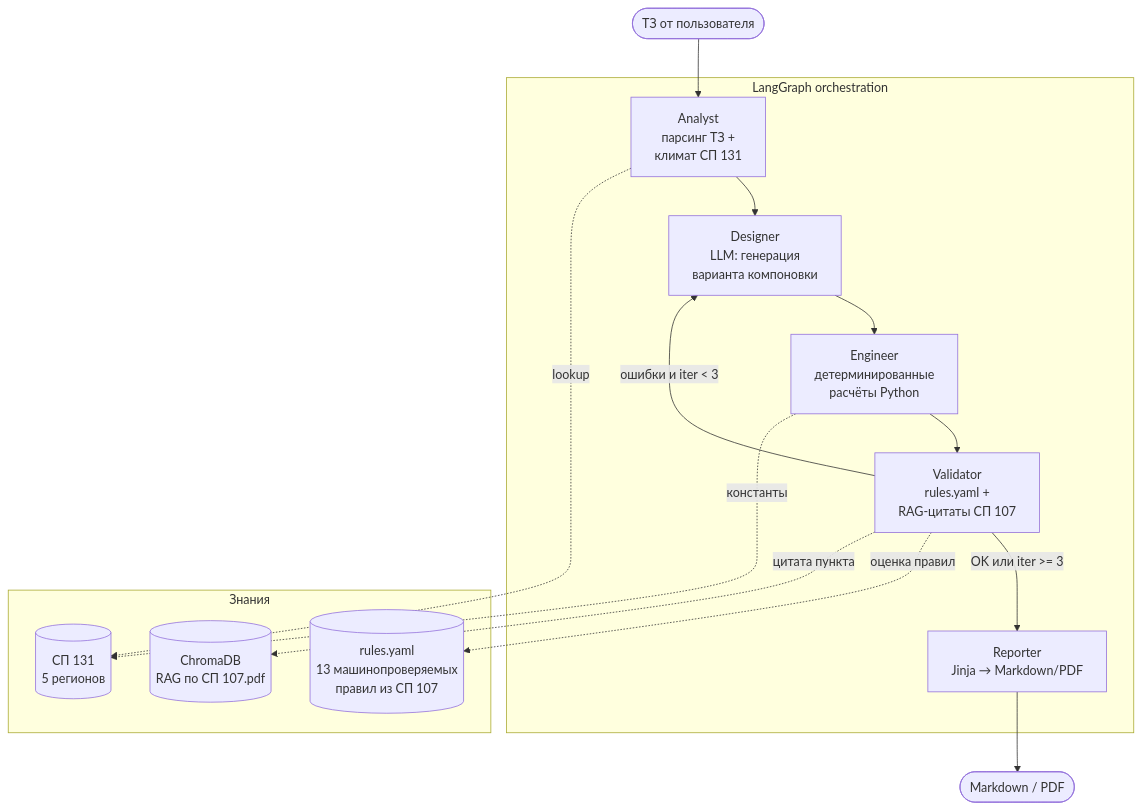
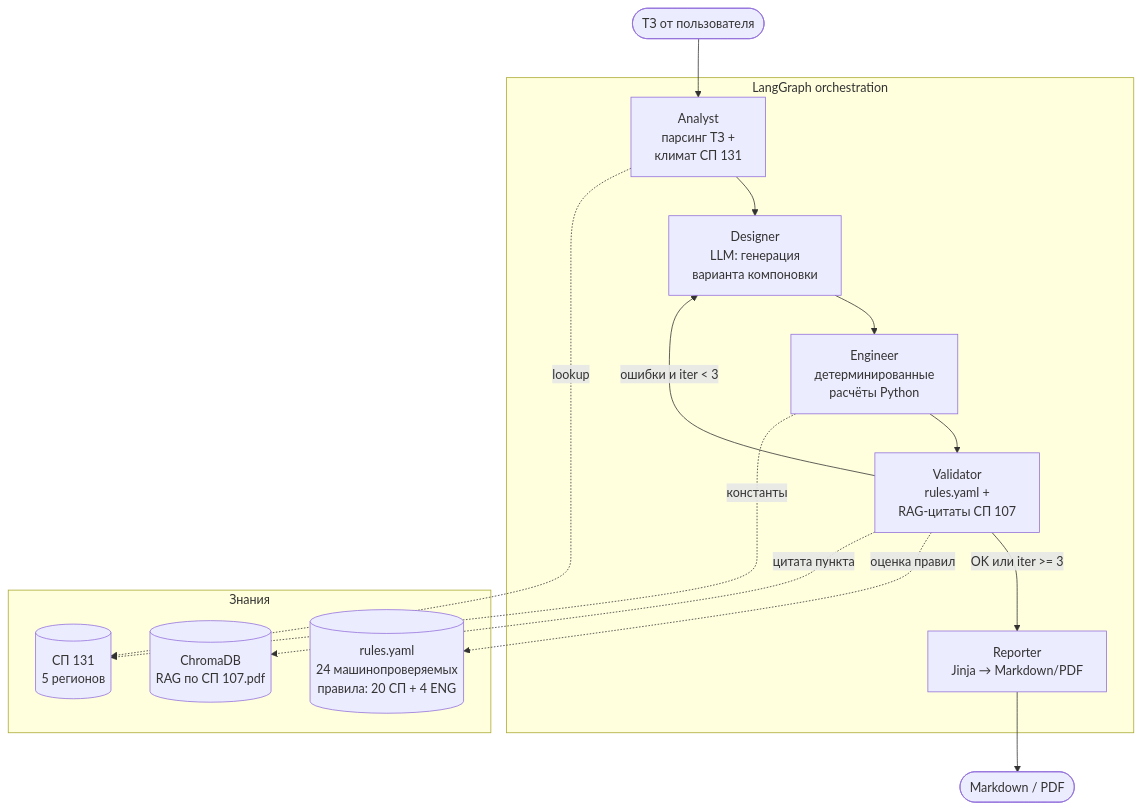
One commit to JukPelme/agro-greenhouse-designer changed the diagram in README.md. Above: the diagram before and after it, drawn with Mermaid. The commit also changed other lines of this file, not shown here.

First line of the commit message:
[agent] docs: README sync to 24 rules + real failed-case rule_ids

````diff
--- a/README.md
+++ b/README.md
@@ -33,31 +33,31 @@
 ```mermaid
 flowchart TD
     Brief([ТЗ от пользователя]) --> Analyst
 
     subgraph Graph[LangGraph orchestration]
         Analyst[Analyst<br/>парсинг ТЗ +<br/>климат СП 131]
         Designer[Designer<br/>LLM: генерация<br/>варианта компоновки]
         Engineer[Engineer<br/>детерминированные<br/>расчёты Python]
         Validator[Validator<br/>rules.yaml +<br/>RAG-цитаты СП 107]
         Reporter[Reporter<br/>Jinja → Markdown/PDF]
 
         Analyst --> Designer
         Designer --> Engineer
         Engineer --> Validator
         Validator -- ошибки и iter < 3 --> Designer
         Validator -- OK или iter >= 3 --> Reporter
     end
 
     subgraph Knowledge[Знания]
-        Rules[(rules.yaml<br/>13 машинопроверяемых<br/>правил из СП 107)]
+        Rules[(rules.yaml<br/>24 машинопроверяемых<br/>правила: 20 СП + 4 ENG)]
         Climate[(СП 131<br/>5 регионов)]
         SPIndex[(ChromaDB<br/>RAG по СП 107.pdf)]
     end
 
     Analyst -.->|lookup| Climate
     Engineer -.->|константы| Climate
     Validator -.->|оценка правил| Rules
     Validator -.->|цитата пункта| SPIndex
 
     Reporter --> Report([Markdown / PDF])
 ```
````
